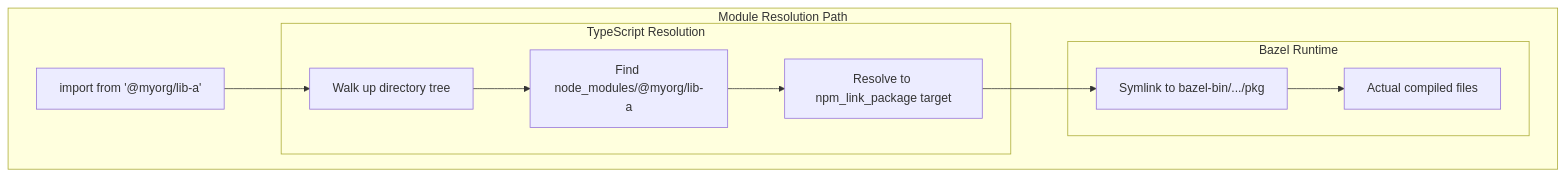
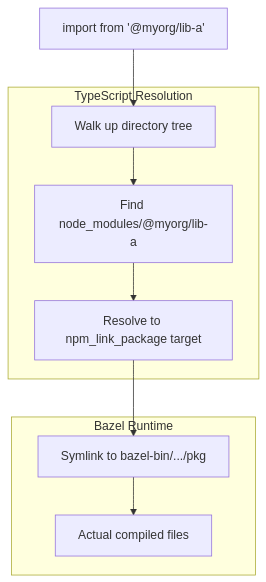
Before and after one commit to martintribo/rules_js_test: the fifth of 5 diagrams in docs/BAZEL_INTEGRATION.md, drawn with Mermaid. The commit also changed other lines of this file, not shown here.

First line of the commit message:
Fix Mermaid diagram syntax in documentation

````diff
--- a/docs/BAZEL_INTEGRATION.md
+++ b/docs/BAZEL_INTEGRATION.md
@@ -378,19 +395,21 @@
 ```mermaid
 flowchart TB
-    subgraph "Module Resolution Path"
-        IMPORT["import from '@myorg/lib-a'"]
+    IMPORT["import from '@myorg/lib-a'"]
 
-        subgraph "TypeScript Resolution"
-            WALK["Walk up directory tree"]
-            FIND["Find node_modules/@myorg/lib-a"]
-            RESOLVE["Resolve to npm_link_package target"]
-        end
-
-        subgraph "Bazel Runtime"
-            SYMLINK["Symlink to bazel-bin/.../pkg"]
-            ACTUAL["Actual compiled files"]
-        end
+    subgraph TSResolution["TypeScript Resolution"]
+        WALK["Walk up directory tree"]
+        FIND["Find node_modules/@myorg/lib-a"]
+        RESOLVE["Resolve to npm_link_package target"]
     end
 
-    IMPORT --> WALK --> FIND --> RESOLVE --> SYMLINK --> ACTUAL
+    subgraph BazelRuntime["Bazel Runtime"]
+        SYMLINK["Symlink to bazel-bin/.../pkg"]
+        ACTUAL["Actual compiled files"]
+    end
+
+    IMPORT --> WALK
+    WALK --> FIND
+    FIND --> RESOLVE
+    RESOLVE --> SYMLINK
+    SYMLINK --> ACTUAL
 ```
````
